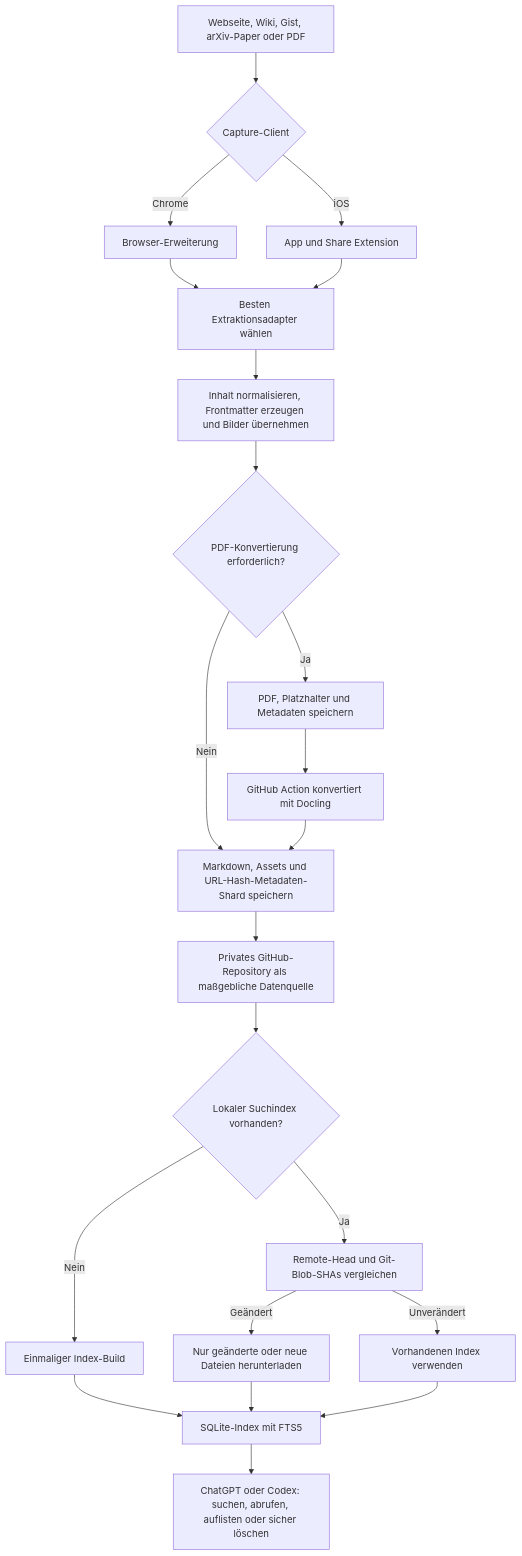
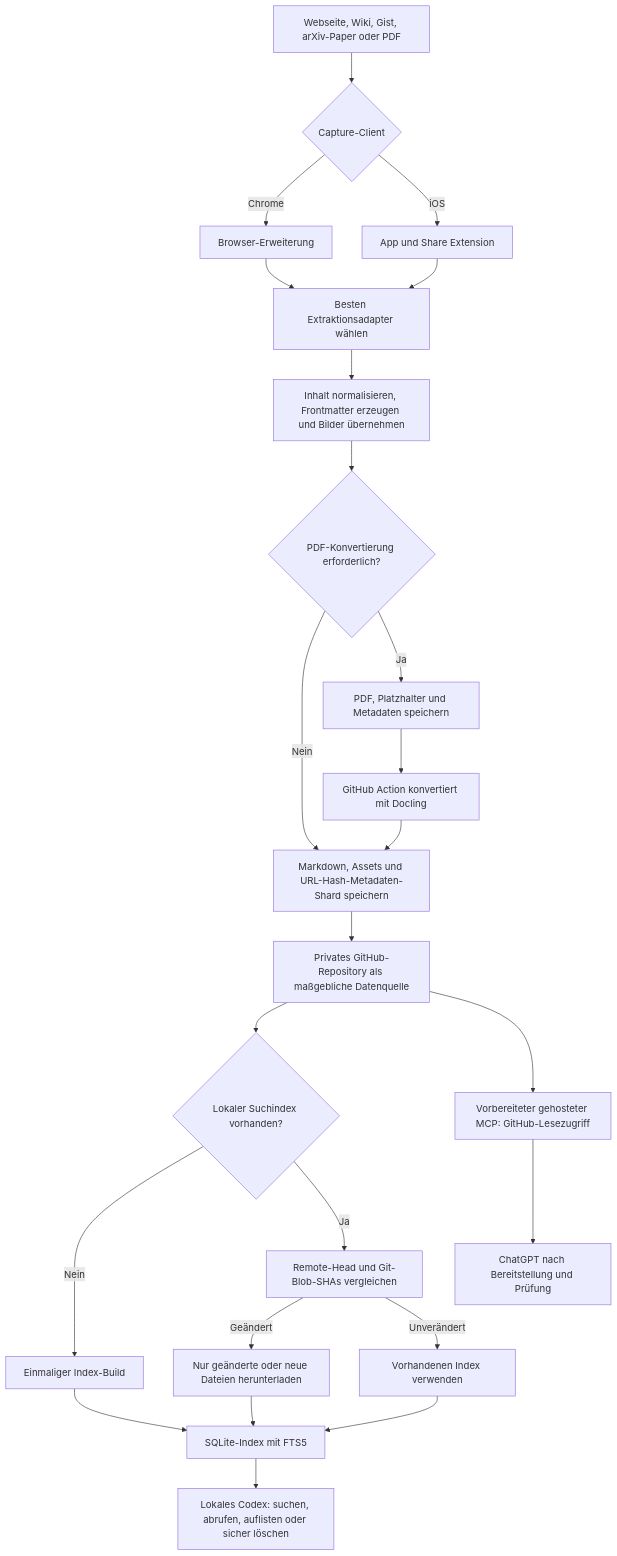
One commit to patrickschiller/sourcebraid changed the diagram in README.de.md. Above: the diagram before and after it, drawn with Mermaid. The commit also changed other lines of this file and 59 other files, not shown here.

First line of the commit message:
Prepare SourceBraid 1.0.1 Chrome and ChatGPT release

````diff
--- a/README.de.md
+++ b/README.de.md
@@ -32,24 +34,26 @@
 ```mermaid
 flowchart TD
     A["Webseite, Wiki, Gist, arXiv-Paper oder PDF"] --> B{"Capture-Client"}
     B -->|Chrome| C["Browser-Erweiterung"]
     B -->|iOS| D["App und Share Extension"]
     C --> E["Besten Extraktionsadapter wählen"]
     D --> E
     E --> F["Inhalt normalisieren, Frontmatter erzeugen und Bilder übernehmen"]
     F --> G{"PDF-Konvertierung erforderlich?"}
     G -->|Nein| H["Markdown, Assets und URL-Hash-Metadaten-Shard speichern"]
     G -->|Ja| I["PDF, Platzhalter und Metadaten speichern"]
     I --> J["GitHub Action konvertiert mit Docling"]
     J --> H
     H --> K["Privates GitHub-Repository als maßgebliche Datenquelle"]
     K --> L{"Lokaler Suchindex vorhanden?"}
     L -->|Nein| M["Einmaliger Index-Build"]
     L -->|Ja| N["Remote-Head und Git-Blob-SHAs vergleichen"]
     N -->|Geändert| O["Nur geänderte oder neue Dateien herunterladen"]
     N -->|Unverändert| P["Vorhandenen Index verwenden"]
     M --> Q["SQLite-Index mit FTS5"]
     O --> Q
     P --> Q
-    Q --> R["ChatGPT oder Codex: suchen, abrufen, auflisten oder sicher löschen"]
+    Q --> R["Lokales Codex: suchen, abrufen, auflisten oder sicher löschen"]
+    K --> S["Vorbereiteter gehosteter MCP: GitHub-Lesezugriff"]
+    S --> T["ChatGPT nach Bereitstellung und Prüfung"]
 ```
````
